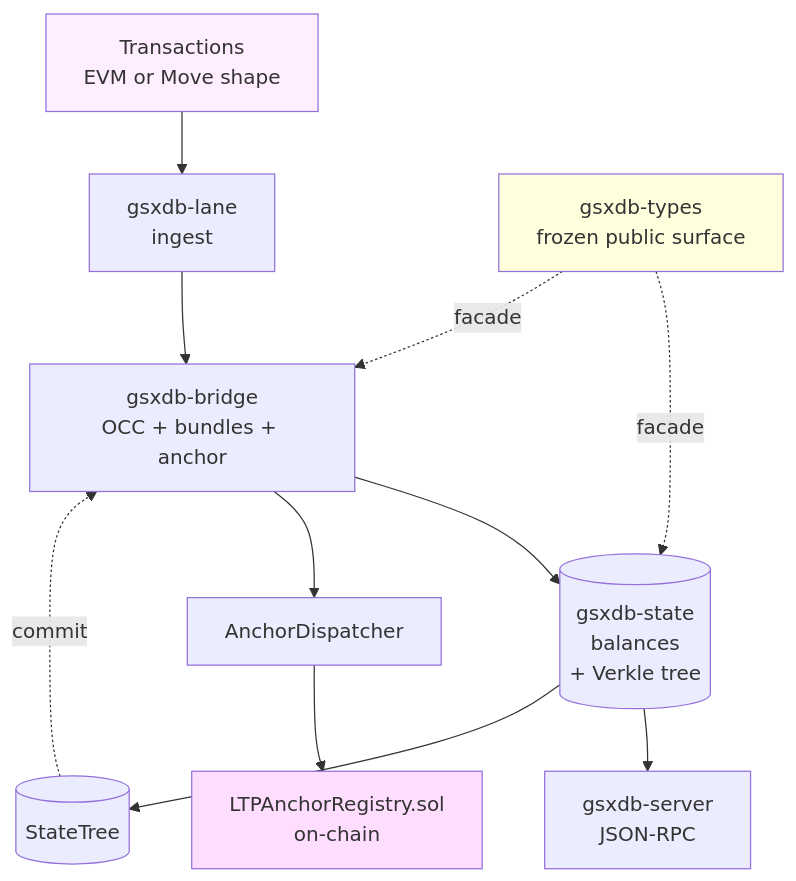
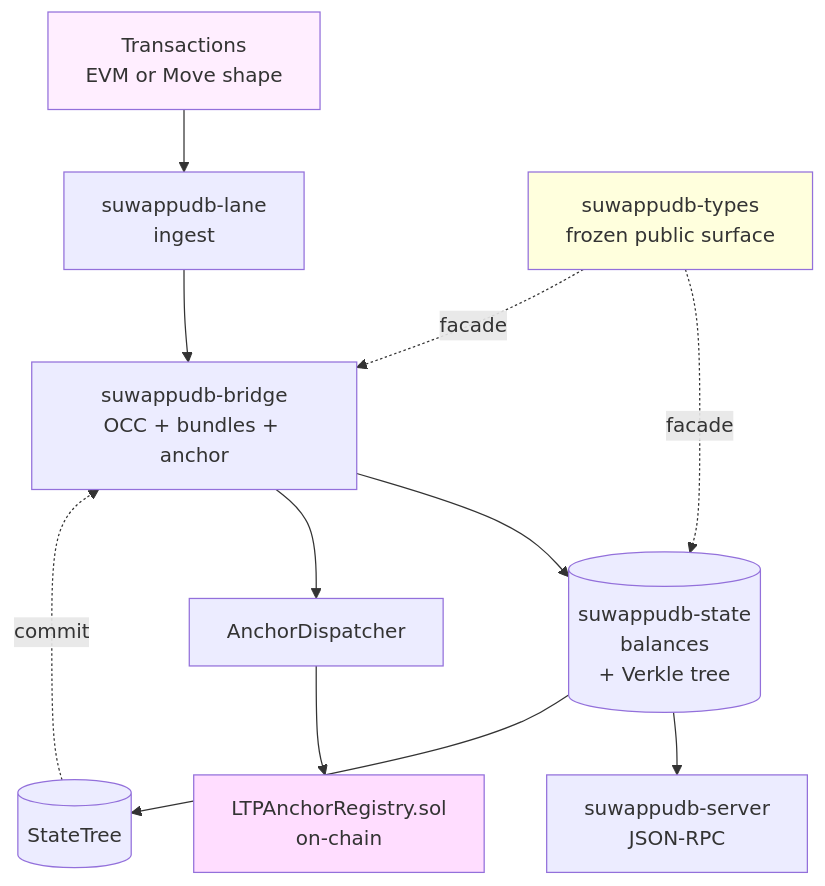
Before and after one commit to Suwappu-Labs/suwappu-db: the diagram in ARCHITECTURE.md, drawn with Mermaid. The commit also changed other lines of this file and 232 other files, not shown here.

````diff
--- a/ARCHITECTURE.md
+++ b/ARCHITECTURE.md
@@ -22,19 +22,19 @@
 ```mermaid
 flowchart TB
     Tx[Transactions<br/>EVM or Move shape]
-    Tx --> Lane[gsxdb-lane<br/>ingest]
-    Lane --> Bridge[gsxdb-bridge<br/>OCC + bundles + anchor]
-    Bridge --> State[(gsxdb-state<br/>balances<br/>+ Verkle tree)]
+    Tx --> Lane[suwappudb-lane<br/>ingest]
+    Lane --> Bridge[suwappudb-bridge<br/>OCC + bundles + anchor]
+    Bridge --> State[(suwappudb-state<br/>balances<br/>+ Verkle tree)]
     Bridge --> Anchor[AnchorDispatcher]
     Anchor --> LTP[LTPAnchorRegistry.sol<br/>on-chain]
-    State --> Server[gsxdb-server<br/>JSON-RPC]
+    State --> Server[suwappudb-server<br/>JSON-RPC]
     State --> Tree[(StateTree)]
     Tree -.commit.-> Bridge
 
-    Types[gsxdb-types<br/>frozen public surface] -.facade.-> State
+    Types[suwappudb-types<br/>frozen public surface] -.facade.-> State
     Types -.facade.-> Bridge
 
     style Tx fill:#fef
     style LTP fill:#fdf
     style Types fill:#ffd
 ```
````
